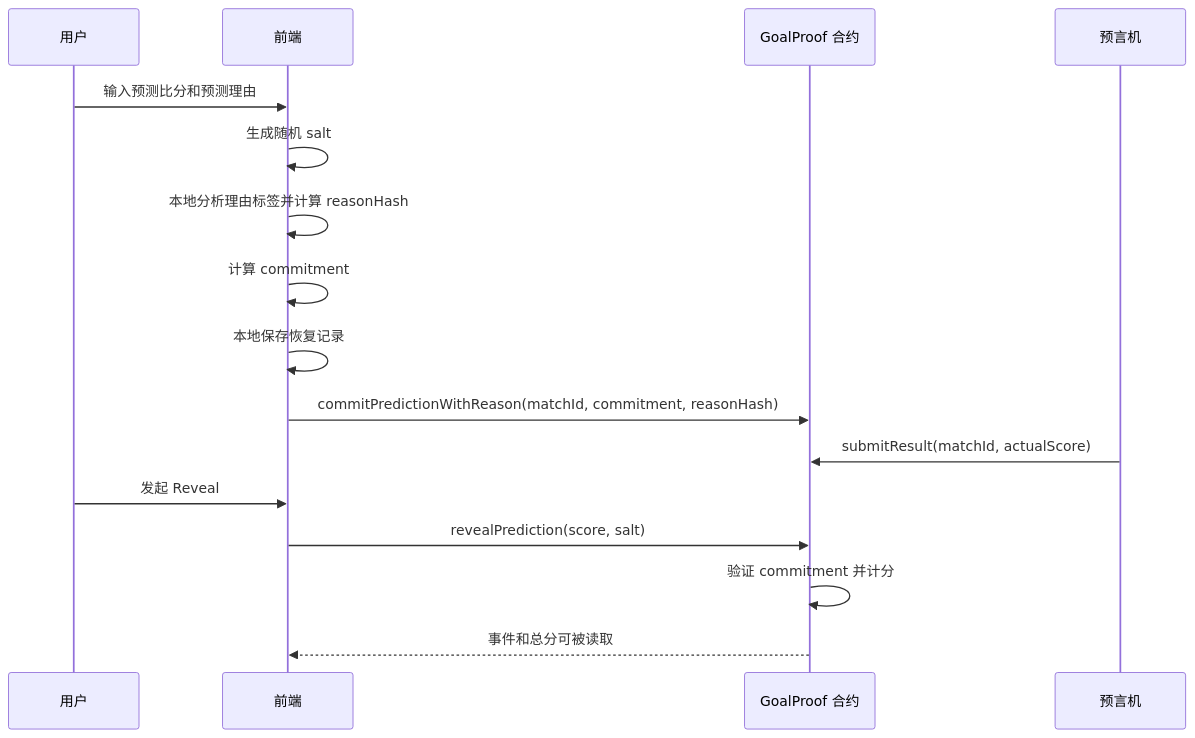
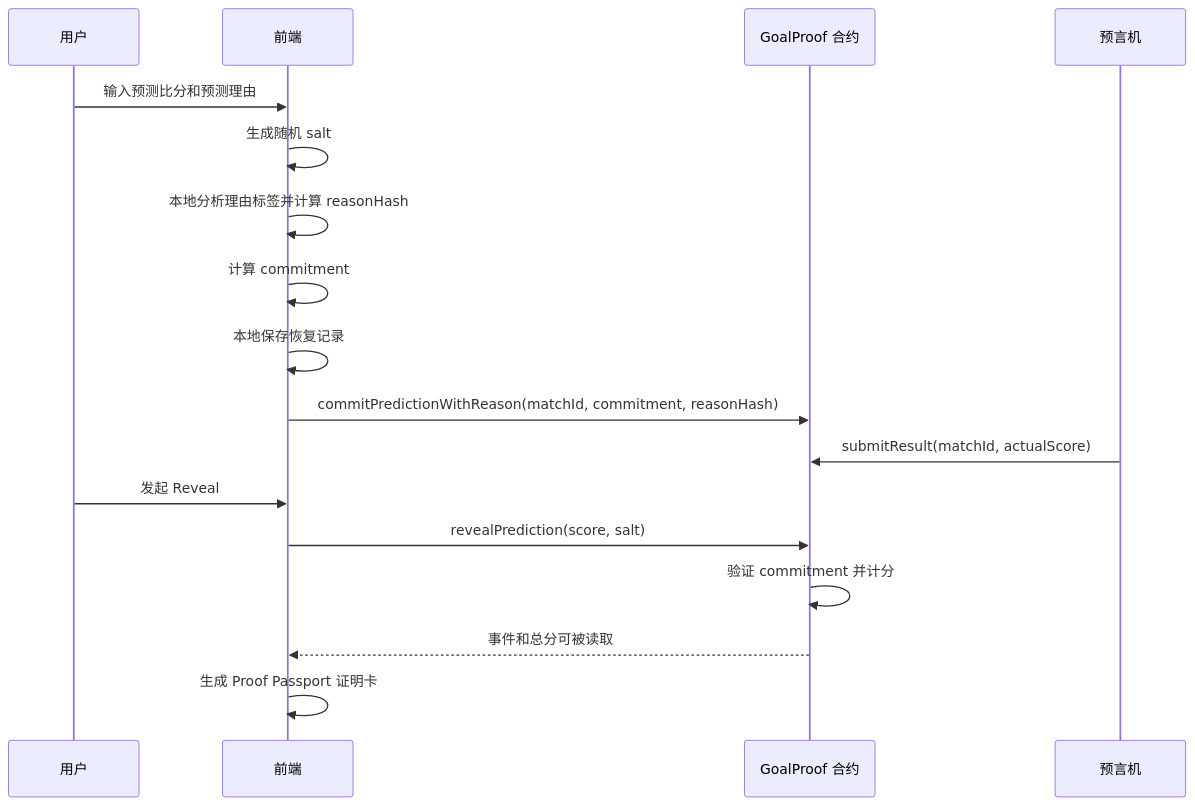
One commit to actmaoweihao/GoalProof_WD_CUP changed the second of 2 diagrams in docs/ARCHITECTURE.md. Above: the diagram before and after it, drawn with Mermaid. The commit also changed other lines of this file and 13 other files, not shown here.

````diff
--- a/docs/ARCHITECTURE.md
+++ b/docs/ARCHITECTURE.md
@@ -48,19 +50,20 @@
 ```mermaid
 sequenceDiagram
     participant U as 用户
     participant F as 前端
     participant C as GoalProof 合约
     participant O as 预言机
 
     U->>F: 输入预测比分和预测理由
     F->>F: 生成随机 salt
     F->>F: 本地分析理由标签并计算 reasonHash
     F->>F: 计算 commitment
     F->>F: 本地保存恢复记录
     F->>C: commitPredictionWithReason(matchId, commitment, reasonHash)
     O->>C: submitResult(matchId, actualScore)
     U->>F: 发起 Reveal
     F->>C: revealPrediction(score, salt)
     C->>C: 验证 commitment 并计分
     C-->>F: 事件和总分可被读取
+    F->>F: 生成 Proof Passport 证明卡
 ```
````
